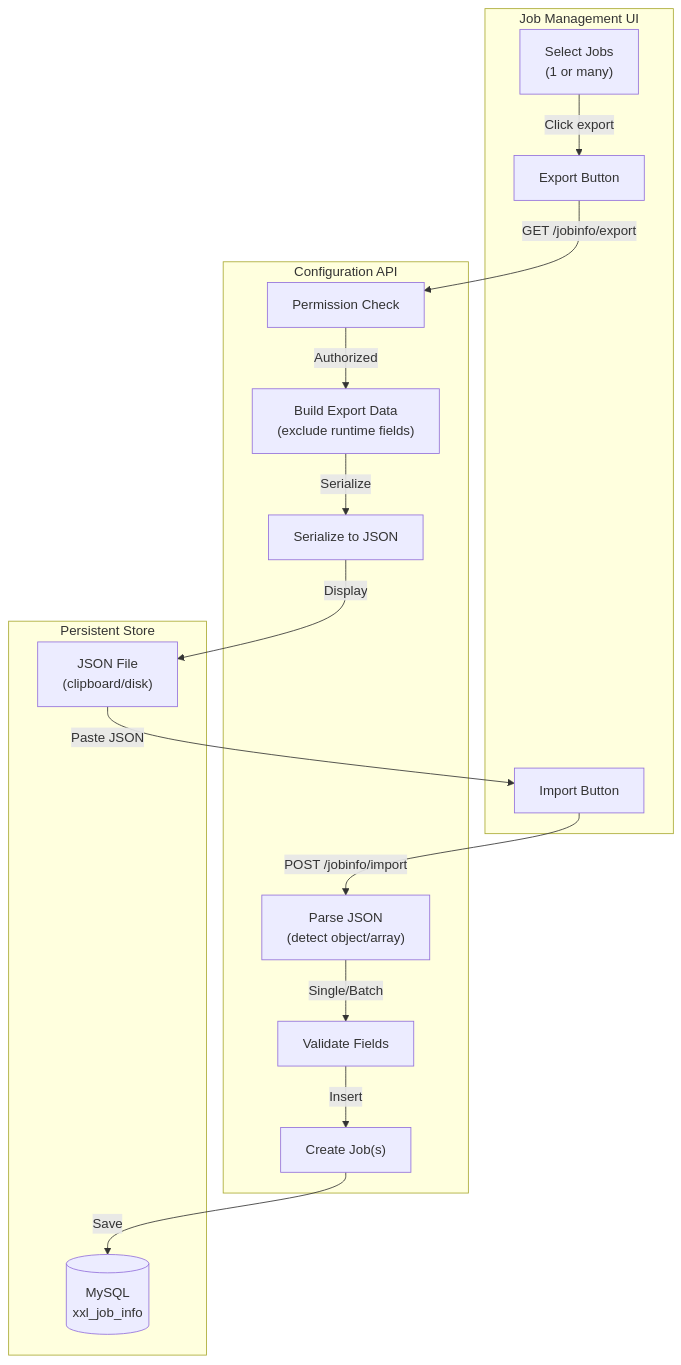
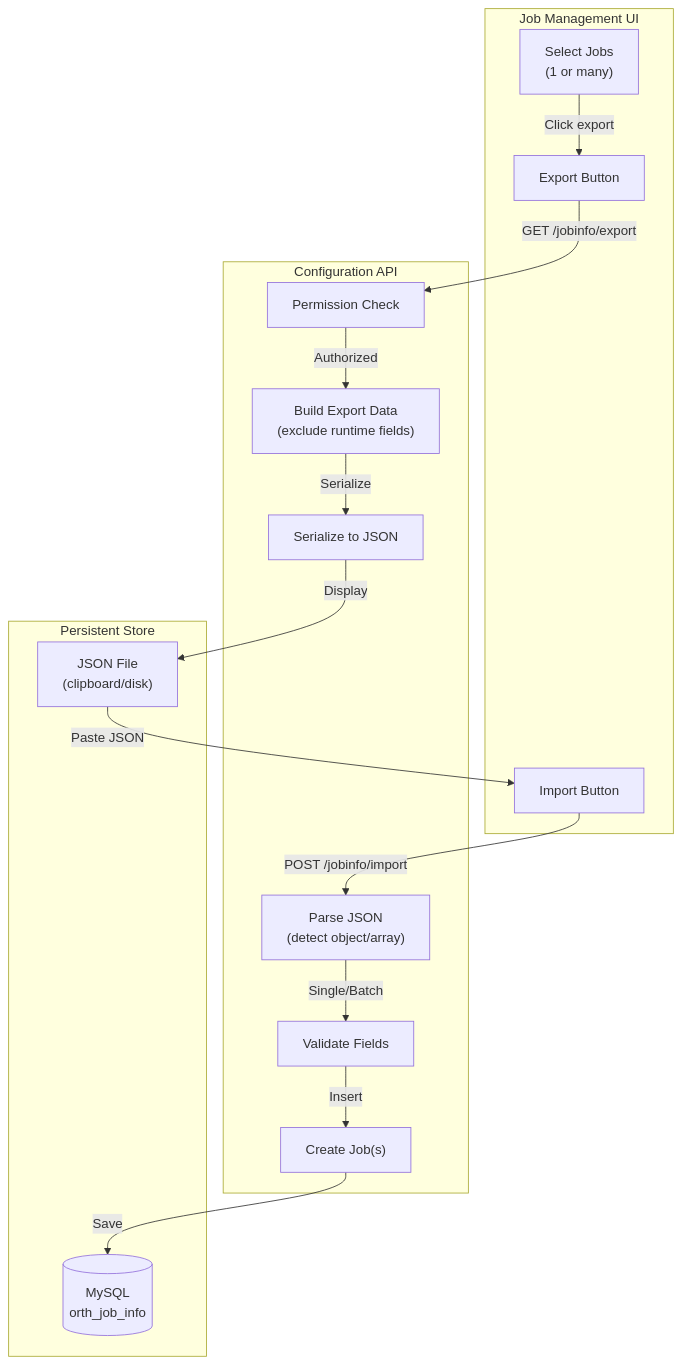
Before and after one commit to zombie12138/orth: the diagram in arch/10-import-export-configuration.md, drawn with Mermaid. The commit also changed 576 other files, not shown here.

First line of the commit message:
refactor: rename xxl-job → orth across entire project

````diff
--- a/arch/10-import-export-configuration.md
+++ b/arch/10-import-export-configuration.md
@@ -11,35 +11,35 @@
 ```mermaid
 flowchart TB
     subgraph UI["Job Management UI"]
         SELECT["Select Jobs<br/>(1 or many)"]
         EXPORT["Export Button"]
         IMPORT["Import Button"]
     end
 
     subgraph Backend["Configuration API"]
         EPERM["Permission Check"]
         EBUILD["Build Export Data<br/>(exclude runtime fields)"]
         EJSON["Serialize to JSON"]
 
         IPARSE["Parse JSON<br/>(detect object/array)"]
         IVALID["Validate Fields"]
         ICREATE["Create Job(s)"]
     end
 
     subgraph Storage["Persistent Store"]
-        DB[(MySQL<br/>xxl_job_info)]
+        DB[(MySQL<br/>orth_job_info)]
         FILE["JSON File<br/>(clipboard/disk)"]
     end
 
     SELECT -->|"Click export"| EXPORT
     EXPORT -->|"GET /jobinfo/export"| EPERM
     EPERM -->|"Authorized"| EBUILD
     EBUILD -->|"Serialize"| EJSON
     EJSON -->|"Display"| FILE
 
     FILE -->|"Paste JSON"| IMPORT
     IMPORT -->|"POST /jobinfo/import"| IPARSE
     IPARSE -->|"Single/Batch"| IVALID
     IVALID -->|"Insert"| ICREATE
     ICREATE -->|"Save"| DB
 ```
````
